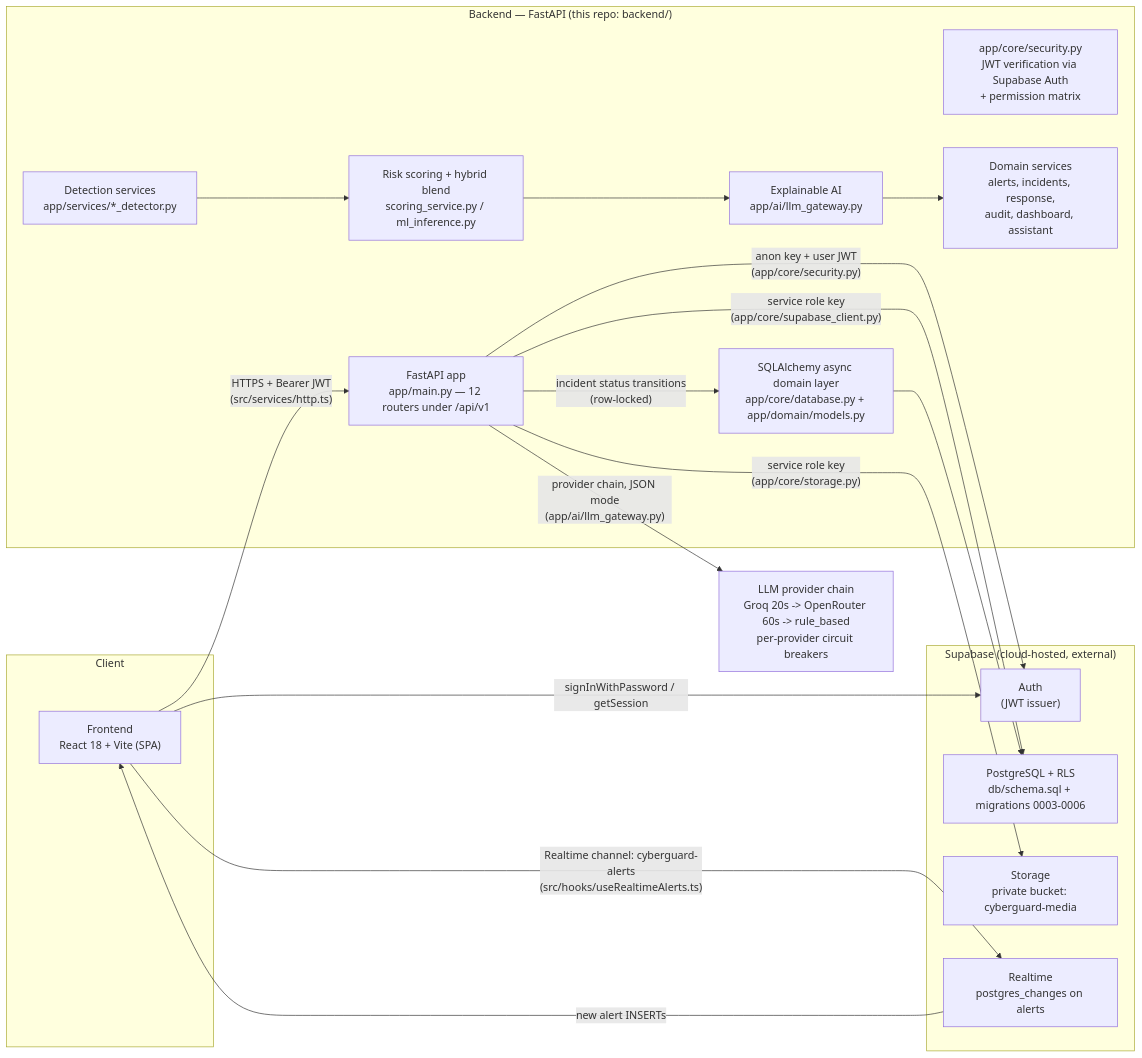
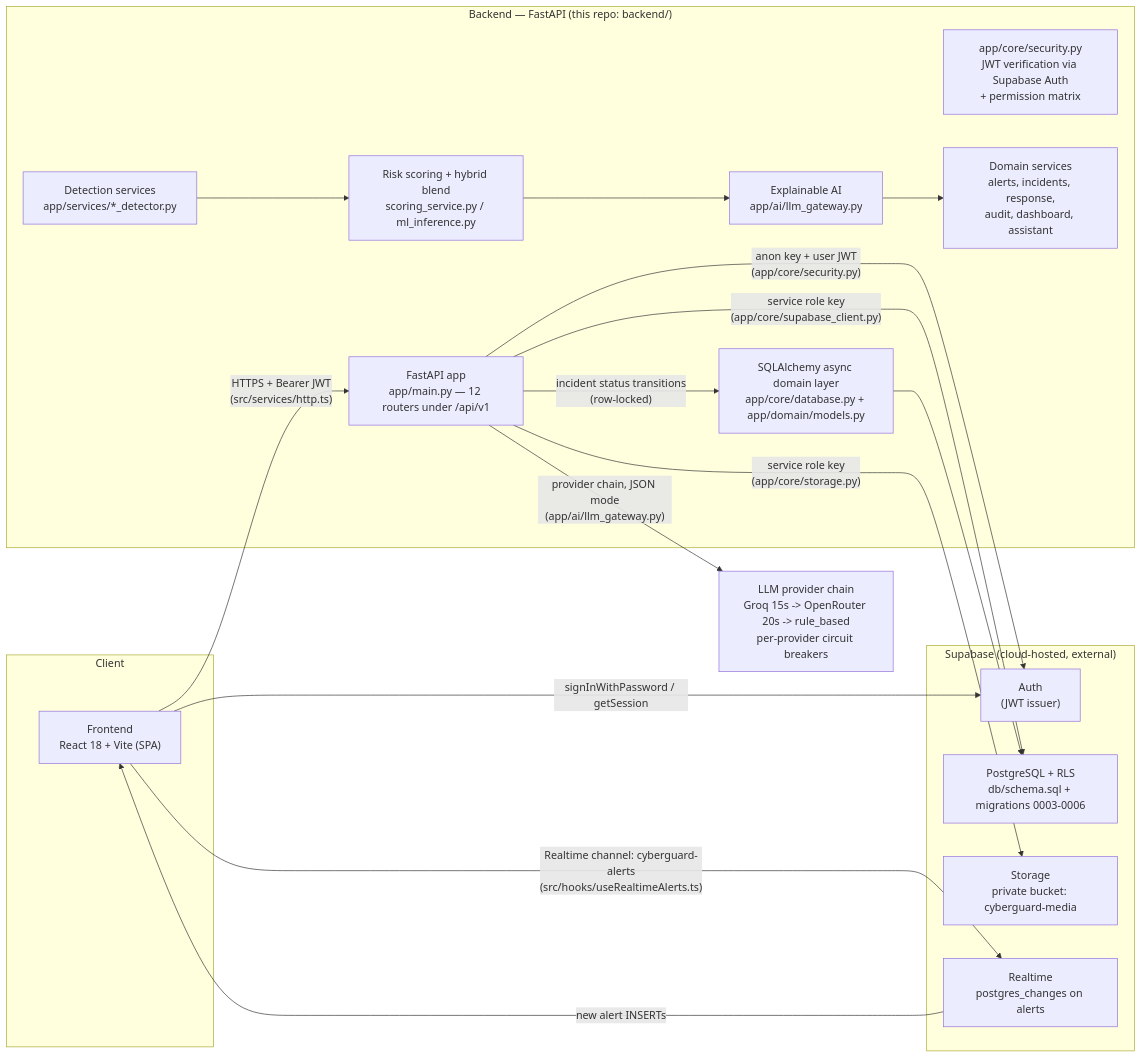
One commit to chandan000000001/Hack_thon_bput changed the diagram in backend/docs/architecture.md. Above: the diagram before and after it, drawn with Mermaid. The commit also changed other lines of this file and 29 other files, not shown here.

````diff
--- a/backend/docs/architecture.md
+++ b/backend/docs/architecture.md
@@ -7,36 +7,36 @@
 ```mermaid
 flowchart LR
     subgraph Client
         FE["Frontend\nReact 18 + Vite (SPA)"]
     end
 
     subgraph Backend["Backend — FastAPI (this repo: backend/)"]
         API["FastAPI app\napp/main.py — 12 routers under /api/v1"]
         SEC["app/core/security.py\nJWT verification via Supabase Auth\n+ permission matrix"]
         DET["Detection services\napp/services/*_detector.py"]
         SCORE["Risk scoring + hybrid blend\nscoring_service.py / ml_inference.py"]
         XAI["Explainable AI\napp/ai/llm_gateway.py"]
         SVC["Domain services\nalerts, incidents, response,\naudit, dashboard, assistant"]
         DBL["SQLAlchemy async domain layer\napp/core/database.py + app/domain/models.py"]
     end
 
     subgraph Supabase["Supabase (cloud-hosted, external)"]
         AUTH["Auth\n(JWT issuer)"]
         DB["PostgreSQL + RLS\ndb/schema.sql + migrations 0003-0006"]
         STO["Storage\nprivate bucket: cyberguard-media"]
         RT["Realtime\npostgres_changes on alerts"]
     end
 
-    LLM["LLM provider chain\nGroq 20s -> OpenRouter 60s -> rule_based\nper-provider circuit breakers"]
+    LLM["LLM provider chain\nGroq 15s -> OpenRouter 20s -> rule_based\nper-provider circuit breakers"]
 
     FE -- "HTTPS + Bearer JWT\n(src/services/http.ts)" --> API
     FE -- "signInWithPassword / getSession" --> AUTH
     FE -- "Realtime channel: cyberguard-alerts\n(src/hooks/useRealtimeAlerts.ts)" --> RT
     API -- "service role key\n(app/core/supabase_client.py)" --> DB
     API -- "service role key\n(app/core/storage.py)" --> STO
     API -- "anon key + user JWT\n(app/core/security.py)" --> AUTH
     API -- "provider chain, JSON mode\n(app/ai/llm_gateway.py)" --> LLM
     API -- "incident status transitions\n(row-locked)" --> DBL --> DB
     DET --> SCORE --> XAI --> SVC
     RT -- "new alert INSERTs" --> FE
 ```
````
